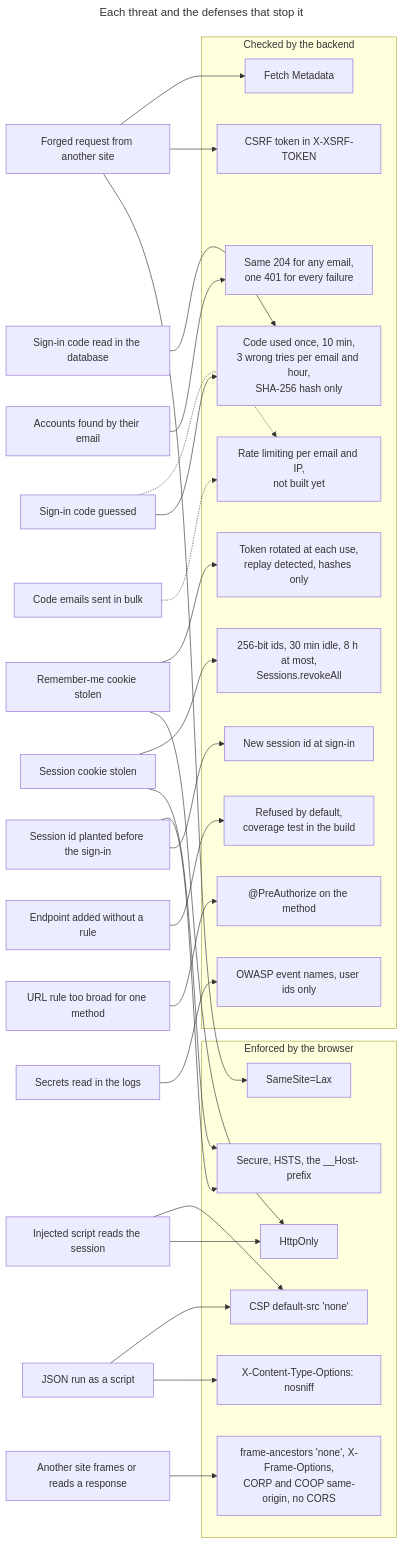
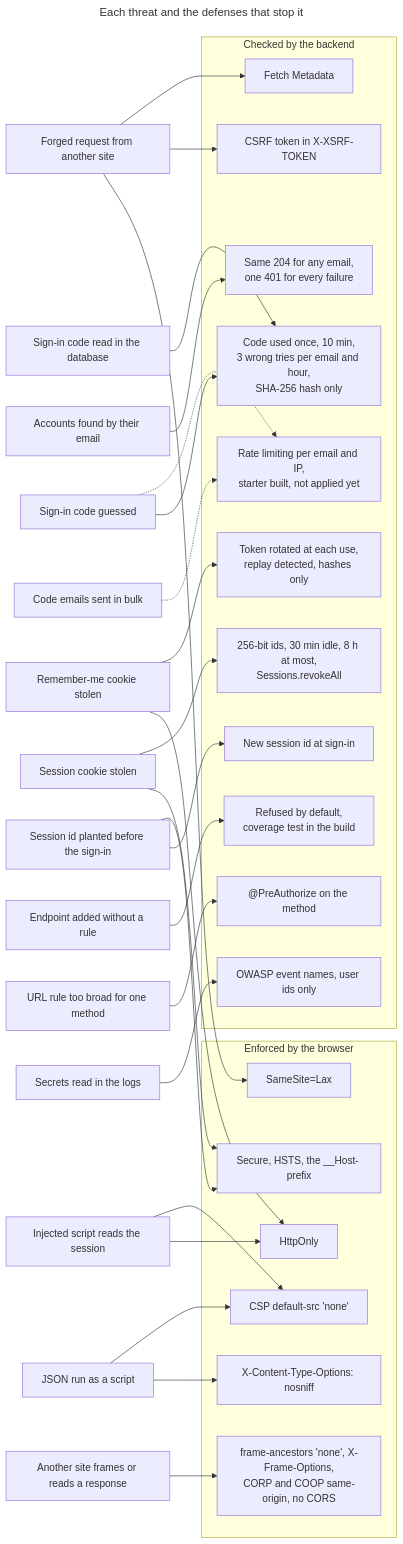
Before and after one commit to mboisnard/drinkit: the second of 8 diagrams in docs/src/engineering/security/principles.md, drawn with Mermaid. The commit also changed other lines of this file and 3 other files, not shown here.

````diff
--- a/docs/src/engineering/security/principles.md
+++ b/docs/src/engineering/security/principles.md
@@ -56,56 +56,56 @@
 ```mermaid
 ---
 title: Each threat and the defenses that stop it
 ---
 flowchart LR
   forged["Forged request from another site"]
   xss["Injected script reads the session"]
   fixation["Session id planted before the sign-in"]
   stolenSession["Session cookie stolen"]
   stolenRemember["Remember-me cookie stolen"]
   guessed["Sign-in code guessed"]
   dumped["Sign-in code read in the database"]
   enumerated["Accounts found by their email"]
   flooded["Code emails sent in bulk"]
   framed["Another site frames or reads a response"]
   sniffed["JSON run as a script"]
   unruled["Endpoint added without a rule"]
   broad["URL rule too broad for one method"]
   logs["Secrets read in the logs"]
   subgraph browserSide["Enforced by the browser"]
     samesite["SameSite=Lax"]
     httponly["HttpOnly"]
     transport["Secure, HSTS, the __Host- prefix"]
     csp["CSP default-src 'none'"]
     nosniff["X-Content-Type-Options: nosniff"]
     origin["frame-ancestors 'none', X-Frame-Options,<br/>CORP and COOP same-origin, no CORS"]
   end
   subgraph backendSide["Checked by the backend"]
     token["CSRF token in X-XSRF-TOKEN"]
     fetch["Fetch Metadata"]
     newId["New session id at sign-in"]
     lifetime["256-bit ids, 30 min idle, 8 h at most,<br/>Sessions.revokeAll"]
     rotation["Token rotated at each use,<br/>replay detected, hashes only"]
     codeLimits["Code used once, 10 min,<br/>3 wrong tries per email and hour,<br/>SHA-256 hash only"]
     sameAnswer["Same 204 for any email,<br/>one 401 for every failure"]
-    rateLimit["Rate limiting per email and IP,<br/>not built yet"]
+    rateLimit["Rate limiting per email and IP,<br/>starter built, not applied yet"]
     deny["Refused by default,<br/>coverage test in the build"]
     preAuthorize["@PreAuthorize on the method"]
     vocabulary["OWASP event names, user ids only"]
   end
   forged --> samesite & token & fetch
   xss --> httponly & csp
   fixation --> newId & transport
   stolenSession --> transport & lifetime
   stolenRemember --> httponly & rotation
   guessed --> codeLimits
   guessed -.-> rateLimit
   dumped --> codeLimits
   enumerated --> sameAnswer
   flooded -.-> rateLimit
   framed --> origin
   sniffed --> nosniff & csp
   unruled --> deny
   broad --> preAuthorize
   logs --> vocabulary
 ```
````
